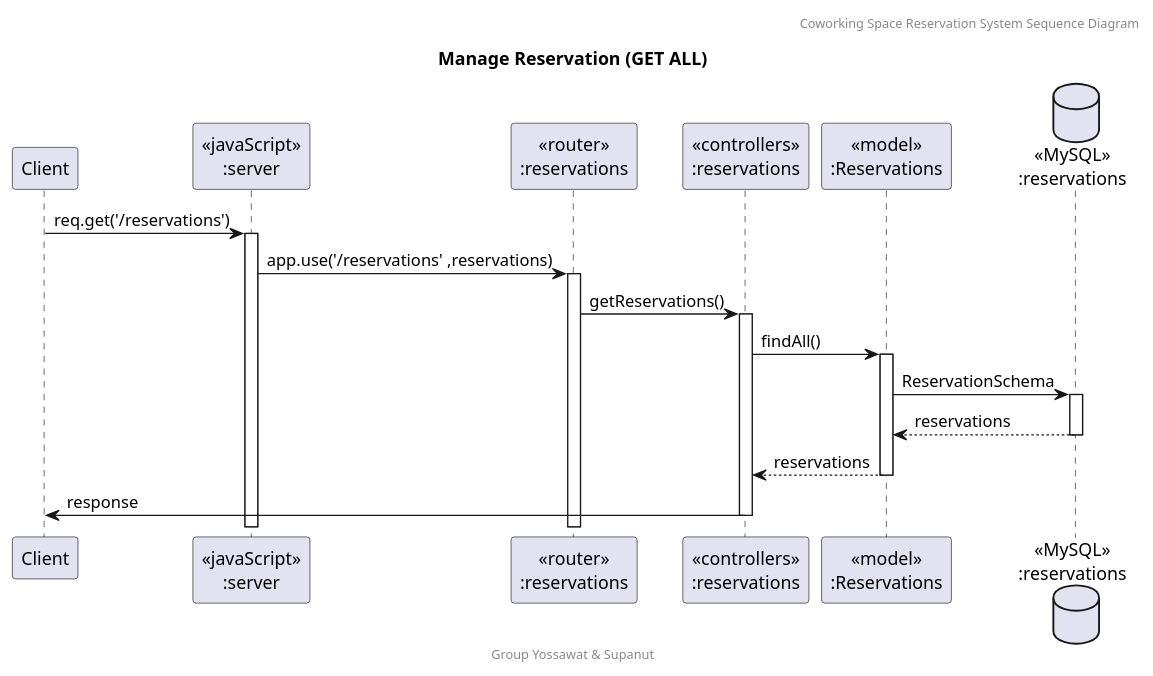
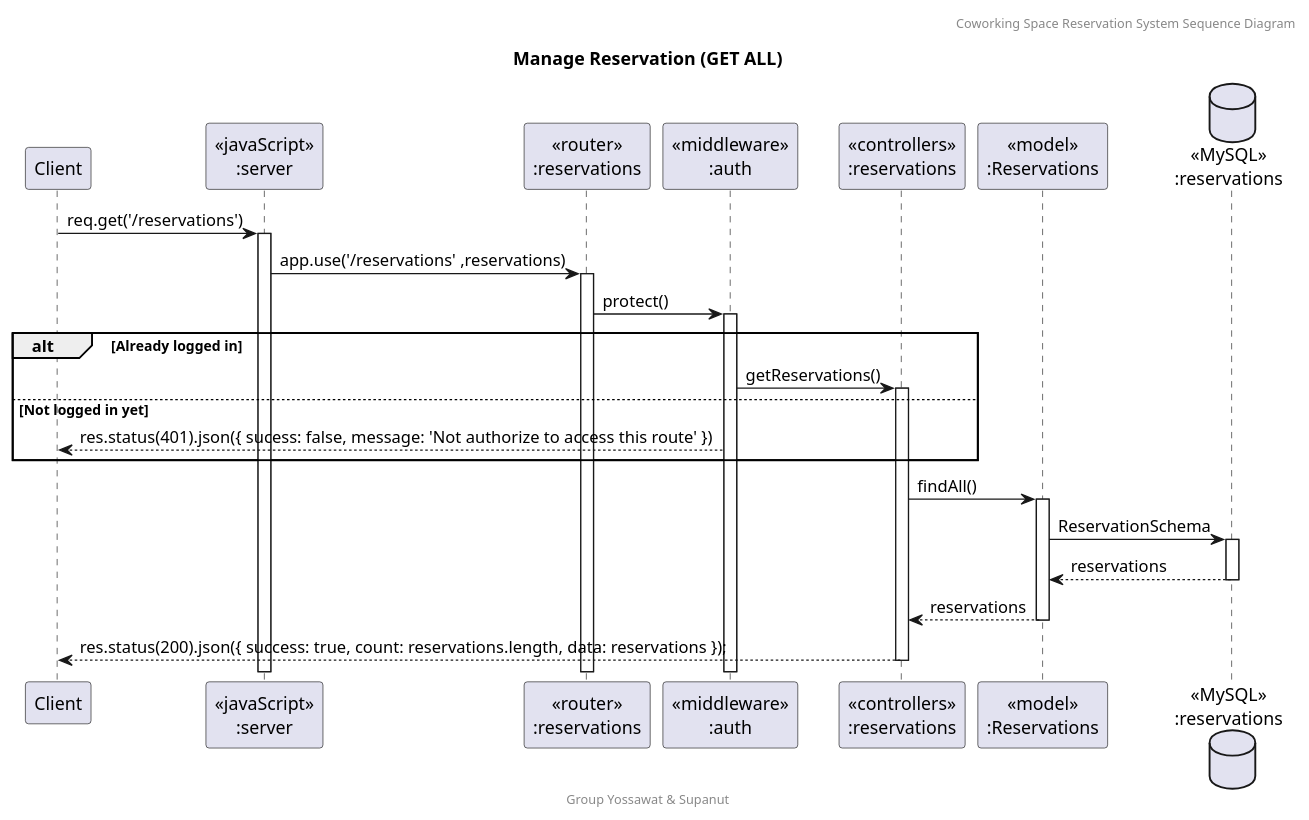
Before and after one commit to SupanutT/sw-dev-prac-project: the diagram in doc/Sequence Diagram/puml/Re_Get_All.puml, drawn with PlantUML. The commit also changed 8 other files, not shown here.

Commit message:
feat: sequence diagram (reservation)

```diff
--- a/doc/Sequence Diagram/puml/Re_Get_All.puml
+++ b/doc/Sequence Diagram/puml/Re_Get_All.puml
@@ -1,23 +1,29 @@
 @startuml Manage Reservation (GET ALL)
 
 header Coworking Space Reservation System Sequence Diagram
 footer Group Yossawat & Supanut
 title "Manage Reservation (GET ALL)"
 
 participant "Client" as client
 participant "<<javaScript>>\n:server" as server
 participant "<<router>>\n:reservations" as routerReservations
+participant "<<middleware>>\n:auth" as middleware
 participant "<<controllers>>\n:reservations" as controllersReservations
 participant "<<model>>\n:Reservations" as modelReservation
 database "<<MySQL>>\n:reservations" as ReservationsDatabase
 
 client -> server ++:req.get('/reservations')
 server -> routerReservations ++:app.use('/reservations' ,reservations)
-routerReservations -> controllersReservations ++: getReservations()
+routerReservations -> middleware ++:protect()
+alt Already logged in
+    middleware -> controllersReservations ++: getReservations()
+else Not logged in yet
+    middleware --> client : res.status(401).json({ sucess: false, message: 'Not authorize to access this route' })
+end
 controllersReservations -> modelReservation ++: findAll()
 modelReservation -> ReservationsDatabase ++: ReservationSchema
 ReservationsDatabase --> modelReservation --: reservations
 controllersReservations <-- modelReservation --: reservations
-controllersReservations -> client --:response
+controllersReservations --> client --:res.status(200).json({ success: true, count: reservations.length, data: reservations });
 
 @enduml
```
